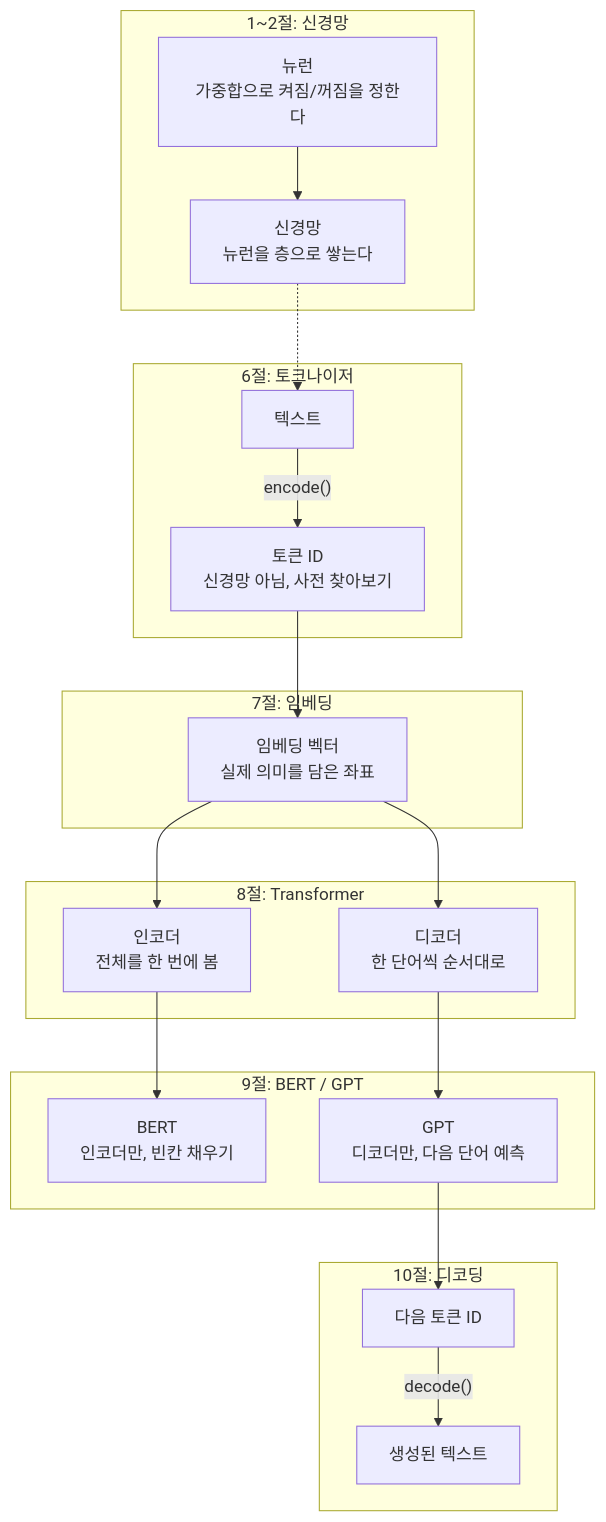
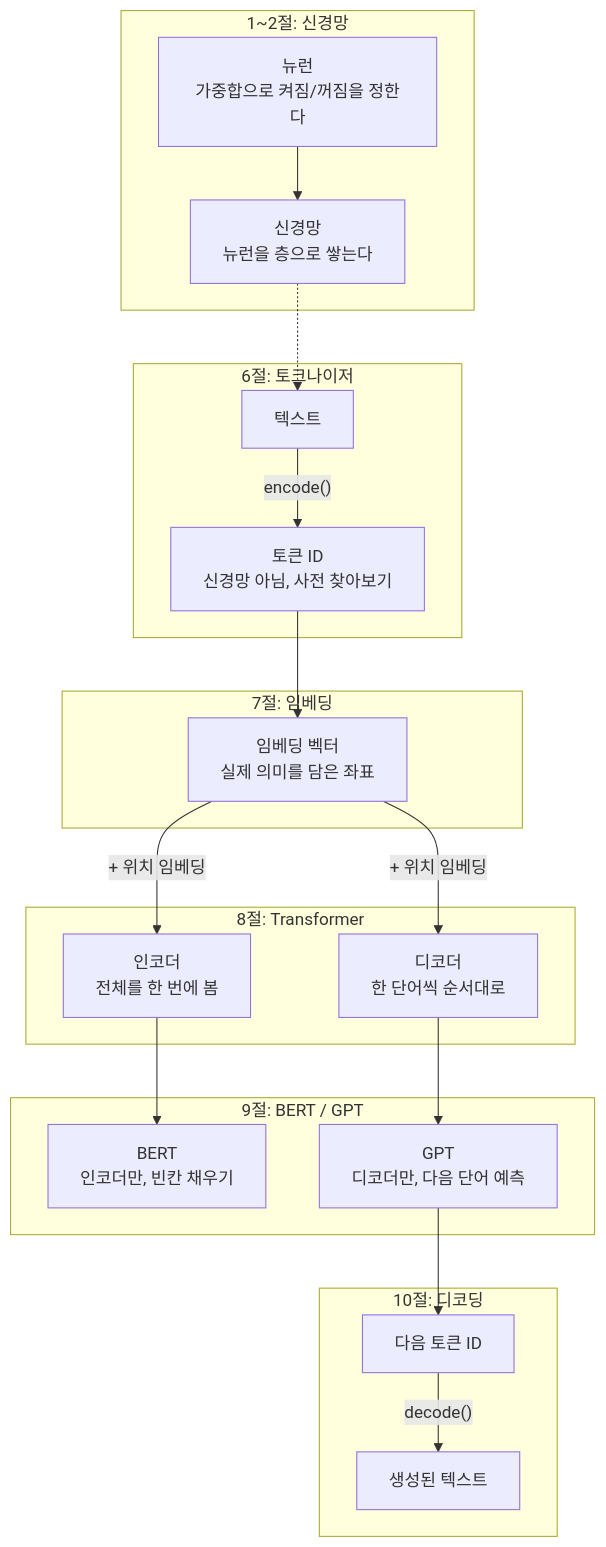
Before and after one commit to K-Diger/k-diger.github.io: the first of 4 diagrams in _posts/2026-09-02-perceptron-linear-separability-llm.md, drawn with Mermaid. The commit also changed other lines of this file, not shown here.

First line of the commit message:
content: 특수 토큰, 슬라이딩 윈도우, 위치 임베딩 누락분 추가

````diff
--- a/_posts/2026-09-02-perceptron-linear-separability-llm.md
+++ b/_posts/2026-09-02-perceptron-linear-separability-llm.md
@@ -49,42 +49,42 @@
 ```mermaid
 flowchart TB
     subgraph S0["1~2절: 신경망"]
         N["뉴런<br/>가중합으로 켜짐/꺼짐을 정한다"]
         NN["신경망<br/>뉴런을 층으로 쌓는다"]
         N --> NN
     end
 
     subgraph S1["6절: 토크나이저"]
         TXT["텍스트"]
         TID["토큰 ID<br/>신경망 아님, 사전 찾아보기"]
         TXT -- "encode()" --> TID
     end
 
     subgraph S2["7절: 임베딩"]
         VEC["임베딩 벡터<br/>실제 의미를 담은 좌표"]
     end
 
     subgraph S3["8절: Transformer"]
         ENC["인코더<br/>전체를 한 번에 봄"]
         DEC["디코더<br/>한 단어씩 순서대로"]
     end
 
     subgraph S4["9절: BERT / GPT"]
         BERT["BERT<br/>인코더만, 빈칸 채우기"]
         GPT["GPT<br/>디코더만, 다음 단어 예측"]
     end
 
     subgraph S5["10절: 디코딩"]
         NEXT["다음 토큰 ID"]
         OUT["생성된 텍스트"]
         NEXT -- "decode()" --> OUT
     end
 
     NN -.-> TXT
     TID --> VEC
-    VEC --> ENC
-    VEC --> DEC
+    VEC -- "+ 위치 임베딩" --> ENC
+    VEC -- "+ 위치 임베딩" --> DEC
     ENC --> BERT
     DEC --> GPT
     GPT --> NEXT
 ```
````
